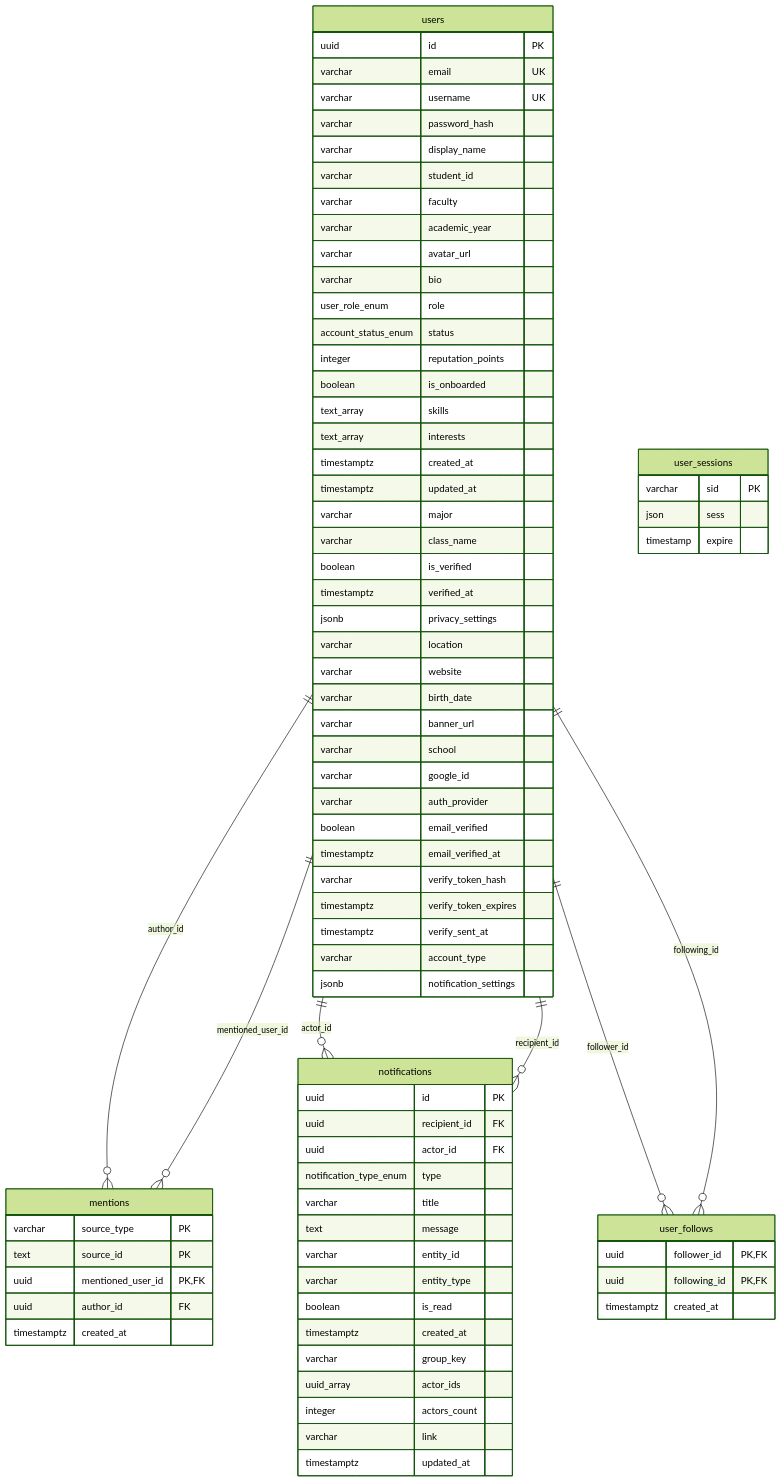
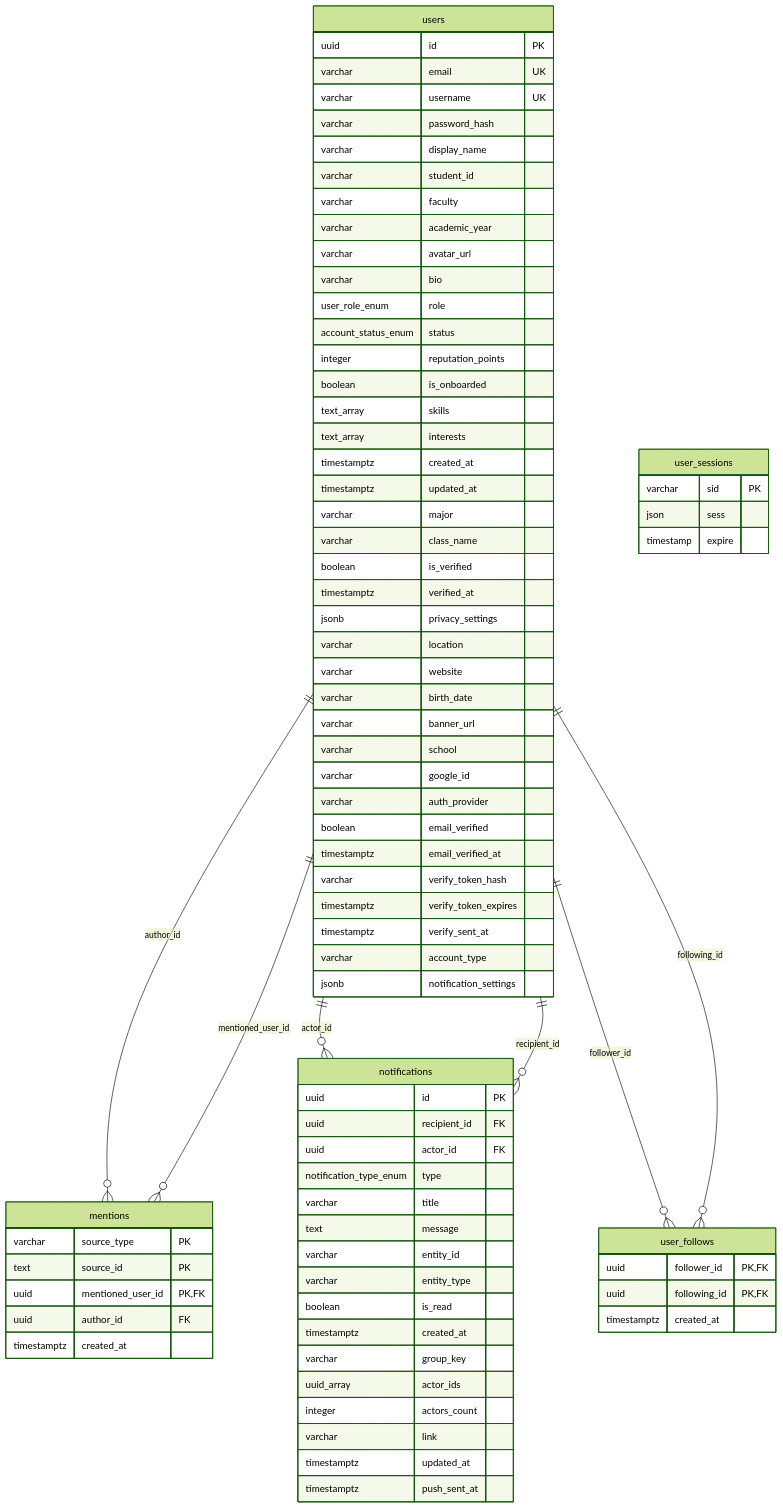
One commit to nhatcoi/pu-connect changed the second of 6 diagrams in docs/diagrams/04-erd.md. Above: the diagram before and after it, drawn with Mermaid (forest theme). The commit also changed other lines of this file and 8 other files, not shown here.

Commit message:
docs: Web Push and BullMQ design, diagrams and ERD

```diff
--- a/docs/diagrams/04-erd.md
+++ b/docs/diagrams/04-erd.md
@@ -126,6 +127,7 @@
     integer actors_count
     varchar link
     timestamptz updated_at
+    timestamptz push_sent_at
   }
   users ||--o{ mentions : "author_id"
   users ||--o{ mentions : "mentioned_user_id"
```
